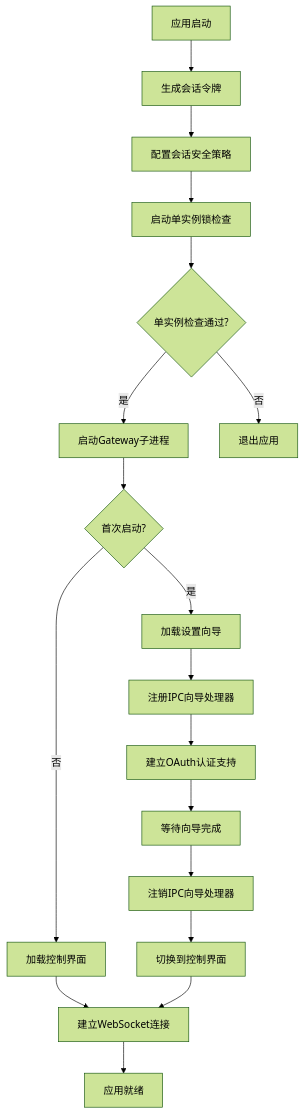
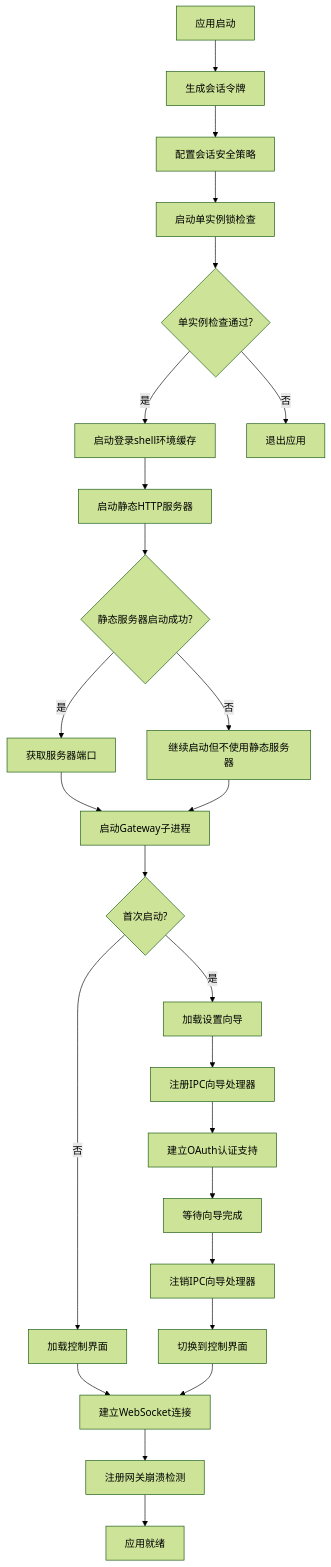
The fourth of 25 diagrams in .qoder/repowiki/zh/content/核心概念/Electron应用增强.md (verse-ai-org/openclaw), drawn with Mermaid (forest theme) before and after one commit. The commit also changed other lines of this file and 9 other files, not shown here.

````diff
--- a/.qoder/repowiki/zh/content/核心概念/Electron应用增强.md
+++ b/.qoder/repowiki/zh/content/核心概念/Electron应用增强.md
@@ -267,20 +299,27 @@
 ```mermaid
 flowchart TD
 A[应用启动] --> B[生成会话令牌]
 B --> C[配置会话安全策略]
 C --> D[启动单实例锁检查]
 D --> E{单实例检查通过?}
-E --> |是| F[启动Gateway子进程]
+E --> |是| F[启动登录shell环境缓存]
 E --> |否| G[退出应用]
-F --> H{首次启动?}
-H --> |是| I[加载设置向导]
-H --> |否| J[加载控制界面]
-I --> K[注册IPC向导处理器]
-K --> L[建立OAuth认证支持]
-L --> M[等待向导完成]
-M --> N[注销IPC向导处理器]
-N --> O[切换到控制界面]
-J --> P[建立WebSocket连接]
-O --> P
-P --> Q[应用就绪]
+F --> H[启动静态HTTP服务器]
+H --> I{静态服务器启动成功?}
+I --> |是| J[获取服务器端口]
+I --> |否| K[继续启动但不使用静态服务器]
+J --> L[启动Gateway子进程]
+K --> L
+L --> M{首次启动?}
+M --> |是| N[加载设置向导]
+M --> |否| O[加载控制界面]
+N --> P[注册IPC向导处理器]
+P --> Q[建立OAuth认证支持]
+Q --> R[等待向导完成]
+R --> S[注销IPC向导处理器]
+S --> T[切换到控制界面]
+O --> U[建立WebSocket连接]
+T --> U
+U --> V[注册网关崩溃检测]
+V --> W[应用就绪]
 ```
````
